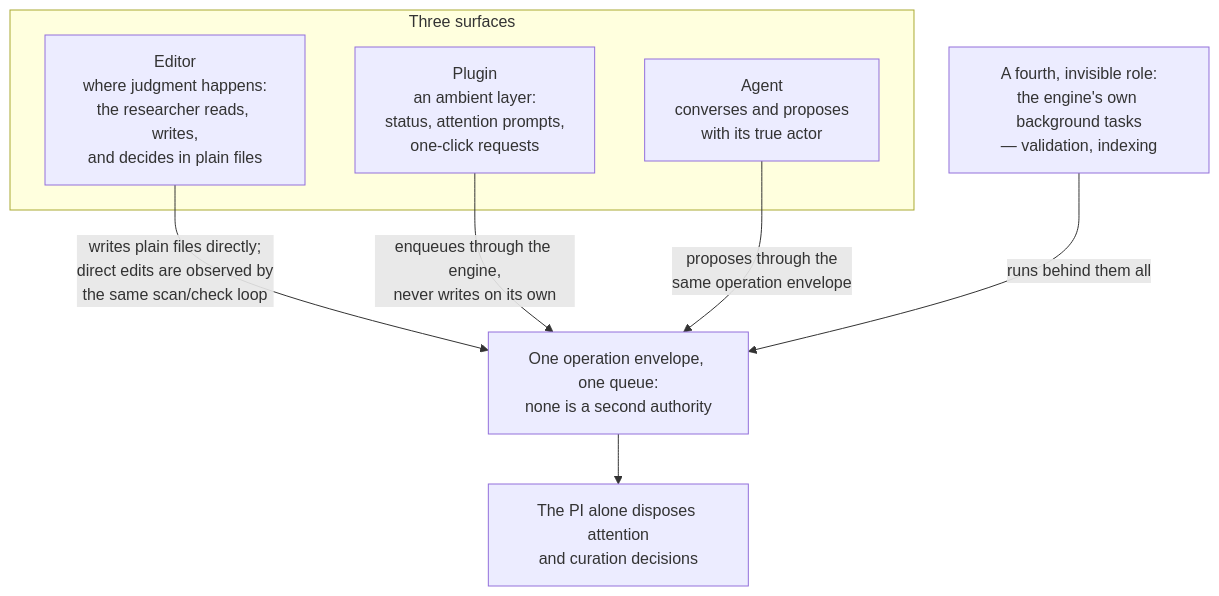
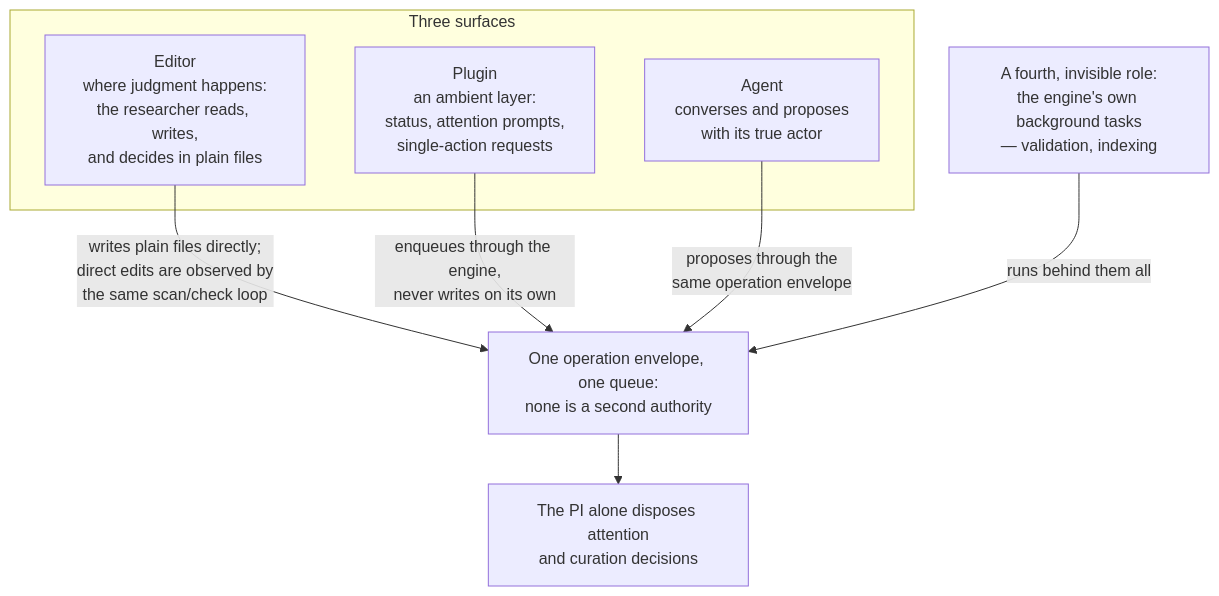
One commit to eranroseman/memoria-vault changed the diagram in docs/explanation/surfaces/README.md. Above: the diagram before and after it, drawn with Mermaid. The commit also changed other lines of this file and 249 other files, not shown here.

````diff
--- a/docs/explanation/surfaces/README.md
+++ b/docs/explanation/surfaces/README.md
@@ -27,18 +27,18 @@
 ```mermaid
 flowchart TD
     subgraph surfaces ["Three surfaces"]
         editor["Editor<br/>where judgment happens:<br/>the researcher reads, writes,<br/>and decides in plain files"]
-        plugin["Plugin<br/>an ambient layer:<br/>status, attention prompts,<br/>one-click requests"]
+        plugin["Plugin<br/>an ambient layer:<br/>status, attention prompts,<br/>single-action requests"]
         agent["Agent<br/>converses and proposes<br/>with its true actor"]
     end
 
     background["A fourth, invisible role:<br/>the engine's own background tasks<br/>— validation, indexing"]
     envelope["One operation envelope, one queue:<br/>none is a second authority"]
     pi["The PI alone disposes attention<br/>and curation decisions"]
 
     editor -- "writes plain files directly;<br/>direct edits are observed by<br/>the same scan/check loop" --> envelope
     plugin -- "enqueues through the engine,<br/>never writes on its own" --> envelope
     agent -- "proposes through the<br/>same operation envelope" --> envelope
     background -- "runs behind them all" --> envelope
     envelope --> pi
 ```
````
